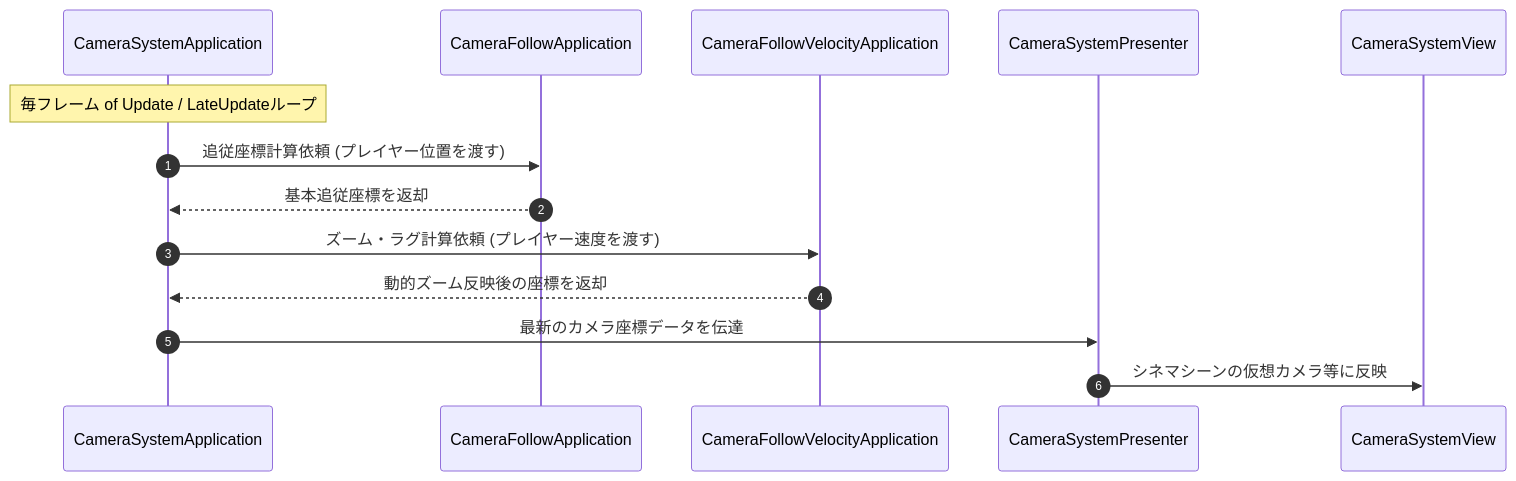
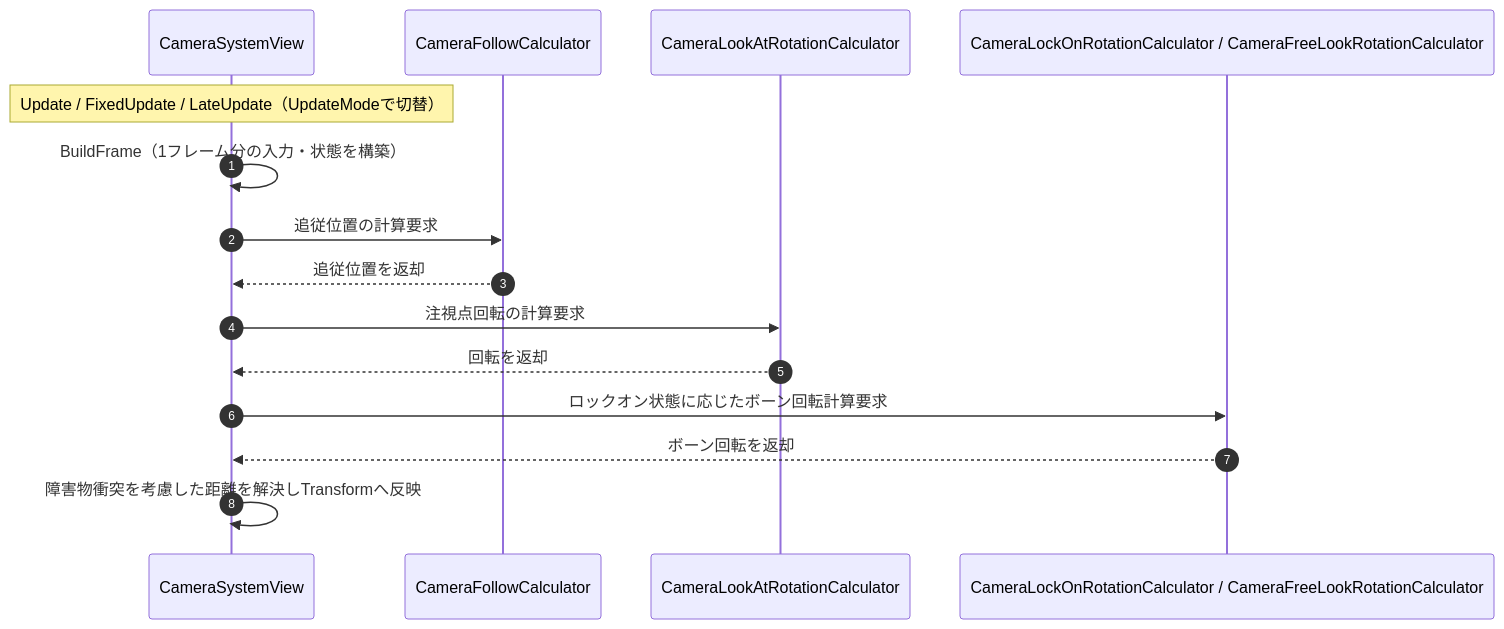
Before and after one commit to HIBIKI5201/SymphonyKillChord: the second of 3 diagrams in Assets/Docs/ScriptsDocs/Modules/NotionModuleDocs/Camera.md, drawn with Mermaid. The commit also changed other lines of this file and 60 other files, not shown here.

````diff
--- a/Assets/Docs/ScriptsDocs/Modules/NotionModuleDocs/Camera.md
+++ b/Assets/Docs/ScriptsDocs/Modules/NotionModuleDocs/Camera.md
@@ -118,17 +111,18 @@
 ```mermaid
 sequenceDiagram
     autonumber
-    participant CSApp as CameraSystemApplication
-    participant CFA as CameraFollowApplication
-    participant CFVA as CameraFollowVelocityApplication
-    participant CSPres as CameraSystemPresenter
     participant CSView as CameraSystemView
+    participant FollowCalc as CameraFollowCalculator
+    participant LookAtCalc as CameraLookAtRotationCalculator
+    participant BoneCalc as CameraLockOnRotationCalculator / CameraFreeLookRotationCalculator
 
-    Note over CSApp: 毎フレーム of Update / LateUpdateループ
-    CSApp ->> CFA: 追従座標計算依頼 (プレイヤー位置を渡す)
-    CFA -->> CSApp: 基本追従座標を返却
-    CSApp ->> CFVA: ズーム・ラグ計算依頼 (プレイヤー速度を渡す)
-    CFVA -->> CSApp: 動的ズーム反映後の座標を返却
-    CSApp ->> CSPres: 最新のカメラ座標データを伝達
-    CSPres ->> CSView: シネマシーンの仮想カメラ等に反映
+    Note over CSView: Update / FixedUpdate / LateUpdate（UpdateModeで切替）
+    CSView ->> CSView: BuildFrame（1フレーム分の入力・状態を構築）
+    CSView ->> FollowCalc: 追従位置の計算要求
+    FollowCalc -->> CSView: 追従位置を返却
+    CSView ->> LookAtCalc: 注視点回転の計算要求
+    LookAtCalc -->> CSView: 回転を返却
+    CSView ->> BoneCalc: ロックオン状態に応じたボーン回転計算要求
+    BoneCalc -->> CSView: ボーン回転を返却
+    CSView ->> CSView: 障害物衝突を考慮した距離を解決しTransformへ反映
 ```
````
